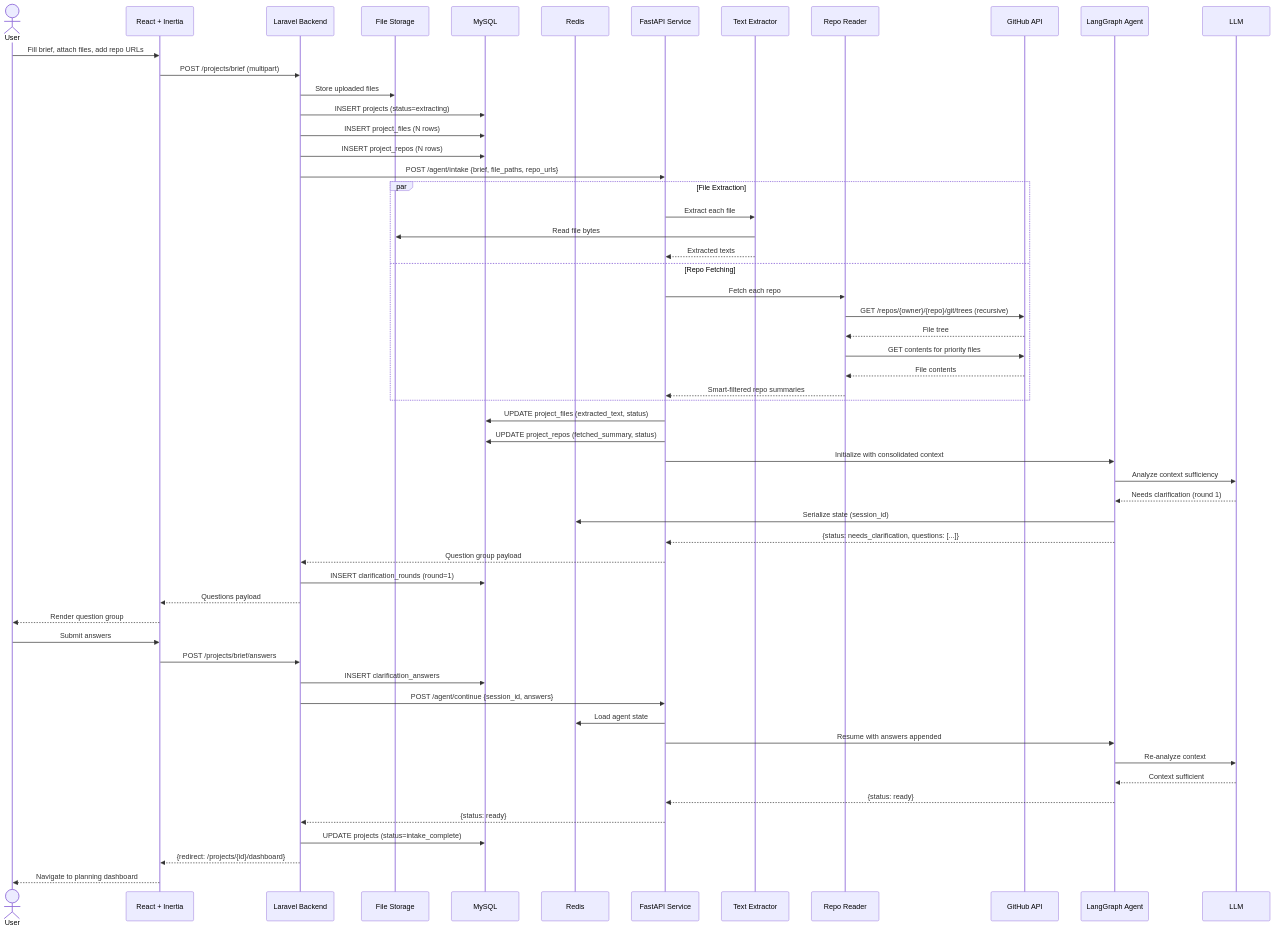
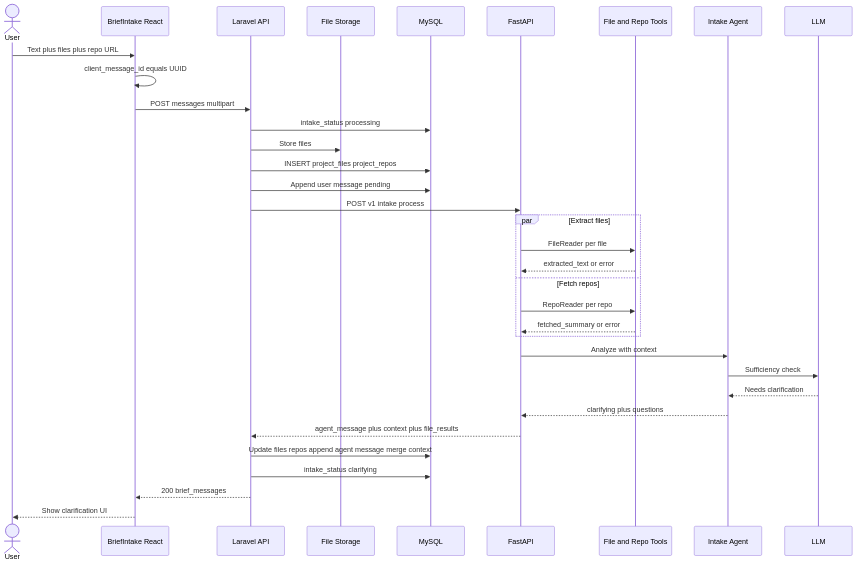
The third of 5 diagrams in docs/v0.2/v0.2.1/use-cases/uc-001-flexible-brief-intake.md (MohamedThabt/sirius), drawn with Mermaid before and after one commit. The commit also changed other lines of this file and 29 other files, not shown here.

````diff
--- a/docs/v0.2/v0.2.1/use-cases/uc-001-flexible-brief-intake.md
+++ b/docs/v0.2/v0.2.1/use-cases/uc-001-flexible-brief-intake.md
@@ -299,63 +649,39 @@
 ```mermaid
 sequenceDiagram
     actor User
-    participant React as React + Inertia
-    participant Laravel as Laravel Backend
+    participant React as BriefIntake React
+    participant Laravel as Laravel API
     participant Storage as File Storage
     participant DB as MySQL
-    participant Redis as Redis
-    participant FastAPI as FastAPI Service
-    participant Extractor as Text Extractor
-    participant RepoReader as Repo Reader
-    participant GitHub as GitHub API
-    participant Agent as LangGraph Agent
+    participant FastAPI as FastAPI
+    participant Tools as File and Repo Tools
+    participant Agent as Intake Agent
     participant LLM as LLM
 
-    User->>React: Fill brief, attach files, add repo URLs
-    React->>Laravel: POST /projects/brief (multipart)
-    Laravel->>Storage: Store uploaded files
-    Laravel->>DB: INSERT projects (status=extracting)
-    Laravel->>DB: INSERT project_files (N rows)
-    Laravel->>DB: INSERT project_repos (N rows)
-    Laravel->>FastAPI: POST /agent/intake {brief, file_paths, repo_urls}
+    User->>React: Text plus files plus repo URL
+    React->>React: client_message_id equals UUID
+    React->>Laravel: POST messages multipart
+    Laravel->>DB: intake_status processing
+    Laravel->>Storage: Store files
+    Laravel->>DB: INSERT project_files project_repos
+    Laravel->>DB: Append user message pending
+    Laravel->>FastAPI: POST v1 intake process
 
-    par File Extraction
-        FastAPI->>Extractor: Extract each file
-        Extractor->>Storage: Read file bytes
-        Extractor-->>FastAPI: Extracted texts
-    and Repo Fetching
-        FastAPI->>RepoReader: Fetch each repo
-        RepoReader->>GitHub: GET /repos/{owner}/{repo}/git/trees (recursive)
-        GitHub-->>RepoReader: File tree
-        RepoReader->>GitHub: GET contents for priority files
-        GitHub-->>RepoReader: File contents
-        RepoReader-->>FastAPI: Smart-filtered repo summaries
+    par Extract files
+        FastAPI->>Tools: FileReader per file
+        Tools-->>FastAPI: extracted_text or error
+    and Fetch repos
+        FastAPI->>Tools: RepoReader per repo
+        Tools-->>FastAPI: fetched_summary or error
     end
 
-    FastAPI->>DB: UPDATE project_files (extracted_text, status)
-    FastAPI->>DB: UPDATE project_repos (fetched_summary, status)
-    FastAPI->>Agent: Initialize with consolidated context
-    Agent->>LLM: Analyze context sufficiency
-    LLM-->>Agent: Needs clarification (round 1)
-    Agent->>Redis: Serialize state (session_id)
-    Agent-->>FastAPI: {status: needs_clarification, questions: [...]}
-    FastAPI-->>Laravel: Question group payload
-    Laravel->>DB: INSERT clarification_rounds (round=1)
-    Laravel-->>React: Questions payload
-    React-->>User: Render question group
-
-    User->>React: Submit answers
-    React->>Laravel: POST /projects/brief/answers
-    Laravel->>DB: INSERT clarification_answers
-    Laravel->>FastAPI: POST /agent/continue {session_id, answers}
-    FastAPI->>Redis: Load agent state
-    FastAPI->>Agent: Resume with answers appended
-    Agent->>LLM: Re-analyze context
-    LLM-->>Agent: Context sufficient
-
-    Agent-->>FastAPI: {status: ready}
-    FastAPI-->>Laravel: {status: ready}
-    Laravel->>DB: UPDATE projects (status=intake_complete)
-    Laravel-->>React: {redirect: /projects/{id}/dashboard}
-    React-->>User: Navigate to planning dashboard
+    FastAPI->>Agent: Analyze with context
+    Agent->>LLM: Sufficiency check
+    LLM-->>Agent: Needs clarification
+    Agent-->>FastAPI: clarifying plus questions
+    FastAPI-->>Laravel: agent_message plus context plus file_results
+    Laravel->>DB: Update files repos append agent message merge context
+    Laravel->>DB: intake_status clarifying
+    Laravel-->>React: 200 brief_messages
+    React-->>User: Show clarification UI
 ```
````
